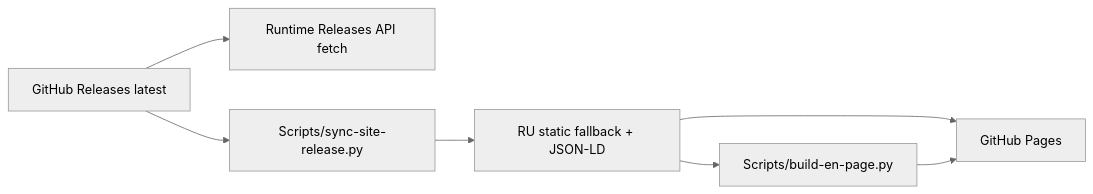
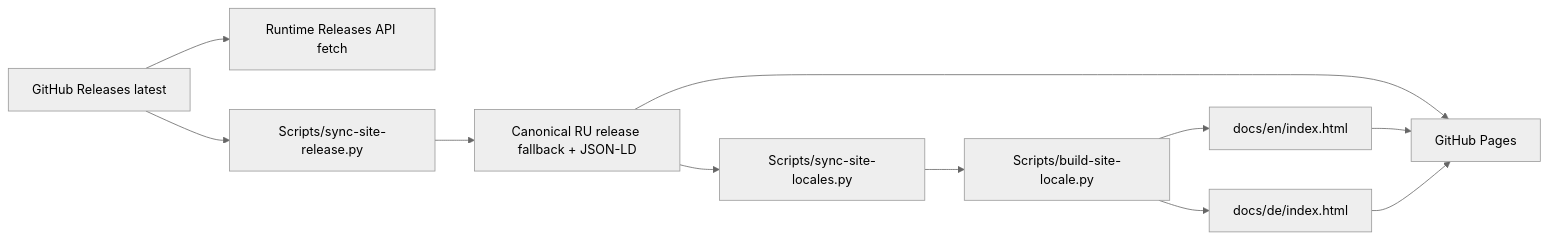
Before and after one commit to TumanovNV/impuls: the diagram in knowledge-base/07-web/website.md, drawn with Mermaid (neutral theme). The commit also changed other lines of this file and 10 other files, not shown here.

First line of the commit message:
Website localization: German page and scalable locale pipeline (#81)

````diff
--- a/knowledge-base/07-web/website.md
+++ b/knowledge-base/07-web/website.md
@@ -46,9 +87,13 @@
 ```mermaid
 flowchart LR
     GH[GitHub Releases latest] --> JS[Runtime Releases API fetch]
     GH --> REL[Scripts/sync-site-release.py]
-    REL --> RU[RU static fallback + JSON-LD]
-    RU --> EN[Scripts/build-en-page.py]
+    REL --> RU[Canonical RU release fallback + JSON-LD]
+    RU --> LOC[Scripts/sync-site-locales.py]
+    LOC --> GEN[Scripts/build-site-locale.py]
+    GEN --> EN[docs/en/index.html]
+    GEN --> DE[docs/de/index.html]
     RU --> PAGE[GitHub Pages]
     EN --> PAGE
+    DE --> PAGE
 ```
````
